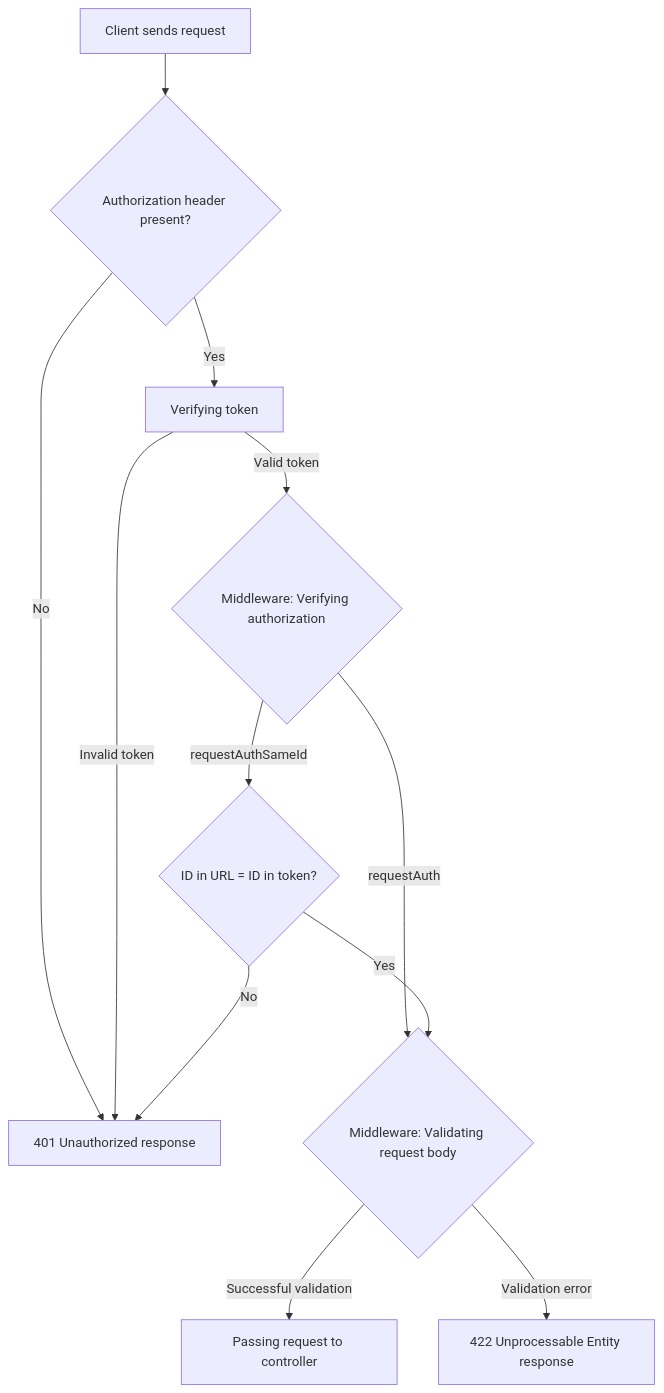
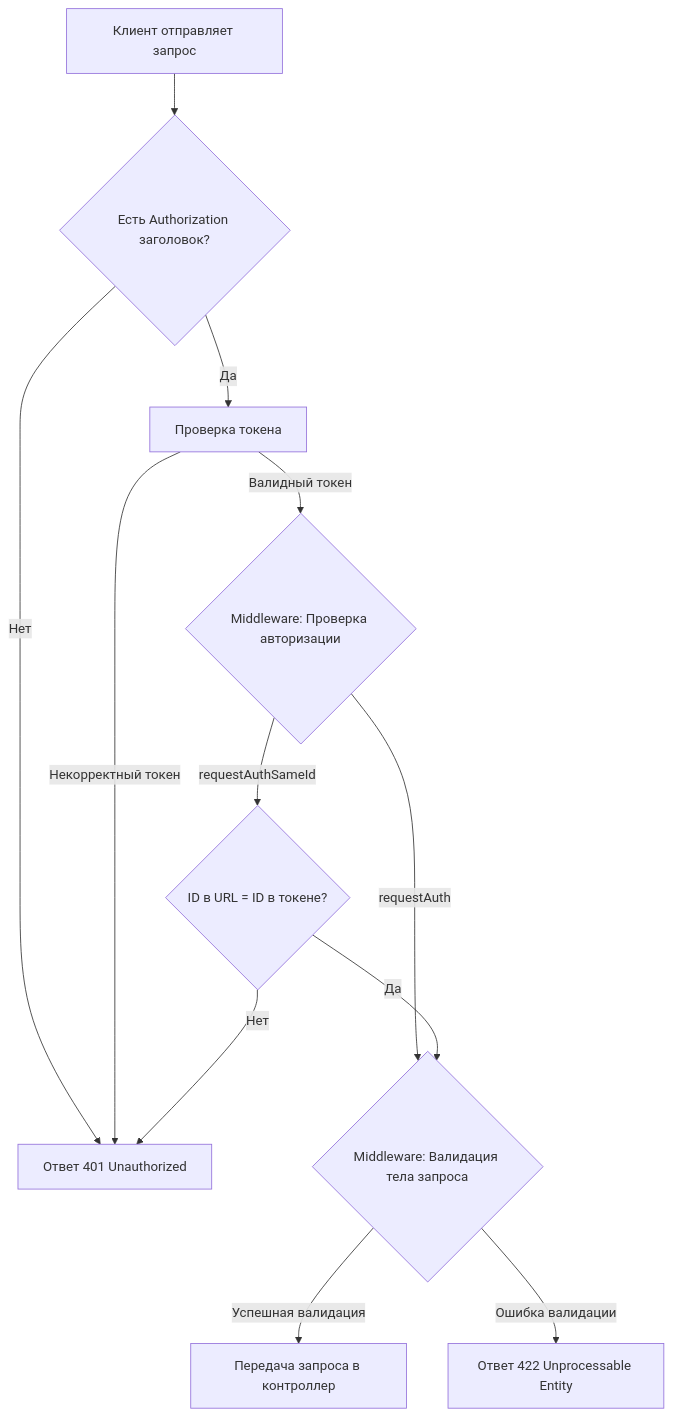
Before and after one commit to Tminww/shekshuev.github.io: the third of 4 diagrams in docs/databases/development/js/postgres.md, drawn with Mermaid. The commit also changed other lines of this file and 45 other files, not shown here.

````diff
--- a/docs/databases/development/js/postgres.md
+++ b/docs/databases/development/js/postgres.md
@@ -2784,18 +2906,18 @@
 ```mermaid
 flowchart TD
-  A[Client sends request] --> B{Authorization header present?}
-  B -- No --> C[401 Unauthorized response]
-  B -- Yes --> D[Verifying token]
-  D -- Invalid token --> C
-  D -- Valid token --> E{Middleware: Verifying authorization}
+  A[Клиент отправляет запрос] --> B{Есть Authorization заголовок?}
+  B -- Нет --> C[Ответ 401 Unauthorized]
+  B -- Да --> D[Проверка токена]
+  D -- Некорректный токен --> C
+  D -- Валидный токен --> E{Middleware: Проверка авторизации}
 
-  E -- requestAuth --> F{Middleware: Validating request body}
+  E -- requestAuth --> F{Middleware: Валидация тела запроса}
 
-  F -- Successful validation --> G[Passing request to controller]
-  F -- Validation error --> H[422 Unprocessable Entity response]
+  F -- Успешная валидация --> G[Передача запроса в контроллер]
+  F -- Ошибка валидации --> H[Ответ 422 Unprocessable Entity]
 
-  E -- requestAuthSameId --> I{ID in URL = ID in token?}
+  E -- requestAuthSameId --> I{ID в URL = ID в токене?}
 
-  I -- No --> C
-  I -- Yes --> F
+  I -- Нет --> C
+  I -- Да --> F
 ```
````
